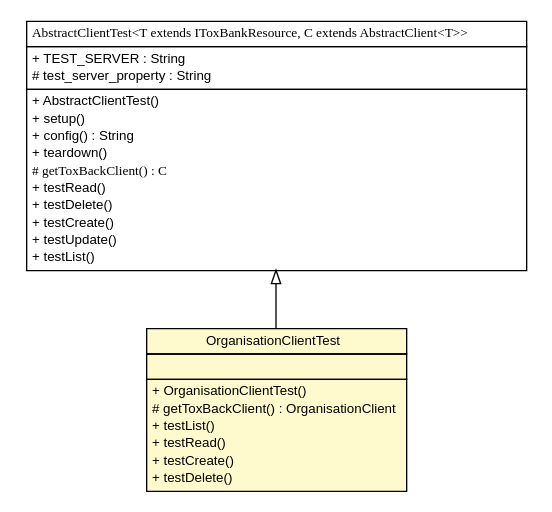
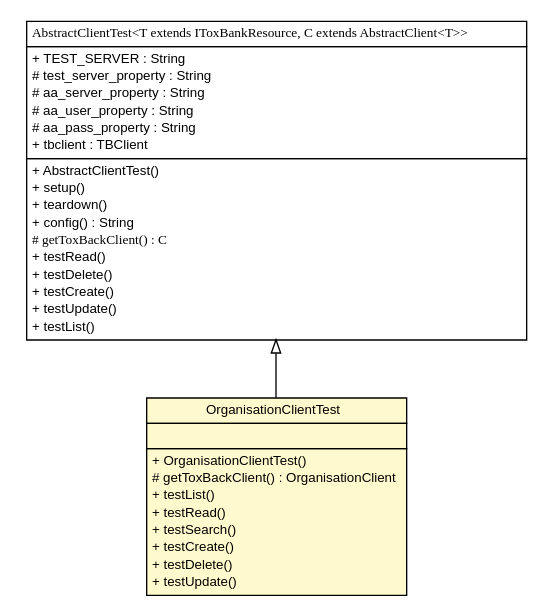
Before and after one commit to ToxBank/toxbank-api-client: the diagram in testapidocs/net/toxbank/client/resource/OrganisationClientTest.dot, drawn with Graphviz. The commit also changed 57 other files, not shown here.

```diff
--- a/testapidocs/net/toxbank/client/resource/OrganisationClientTest.dot
+++ b/testapidocs/net/toxbank/client/resource/OrganisationClientTest.dot
@@ -1,51 +1,57 @@
 #!/usr/local/bin/dot
 #
 # Class diagram 
 # Generated by UmlGraph version 4.6 (http://www.spinellis.gr/sw/umlgraph)
 #
 
 digraph G {
 	edge [fontname="arial",fontsize=10,labelfontname="arial",labelfontsize=10];
 	node [fontname="arial",fontsize=10,shape=plaintext];
 	// net.toxbank.client.resource.OrganisationClientTest
 	c82 [label=<<table border="0" cellborder="1" cellspacing="0" cellpadding="2" port="p" bgcolor="lemonChiffon" href="./OrganisationClientTest.html">
 		<tr><td><table border="0" cellspacing="0" cellpadding="1">
 			<tr><td> OrganisationClientTest </td></tr>
 		</table></td></tr>
 		<tr><td><table border="0" cellspacing="0" cellpadding="1">
 			<tr><td align="left">  </td></tr>
 		</table></td></tr>
 		<tr><td><table border="0" cellspacing="0" cellpadding="1">
 			<tr><td align="left"> + OrganisationClientTest() </td></tr>
 			<tr><td align="left"> # getToxBackClient() : OrganisationClient </td></tr>
 			<tr><td align="left"> + testList() </td></tr>
 			<tr><td align="left"> + testRead() </td></tr>
+			<tr><td align="left"> + testSearch() </td></tr>
 			<tr><td align="left"> + testCreate() </td></tr>
 			<tr><td align="left"> + testDelete() </td></tr>
+			<tr><td align="left"> + testUpdate() </td></tr>
 		</table></td></tr>
 		</table>>, fontname="arial", fontcolor="black", fontsize=10.0];
 	// net.toxbank.client.resource.AbstractClientTest<T extends net.toxbank.client.resource.IToxBankResource, C extends net.toxbank.client.resource.AbstractClient<T>>
 	c87 [label=<<table border="0" cellborder="1" cellspacing="0" cellpadding="2" port="p" href="./AbstractClientTest.html">
 		<tr><td><table border="0" cellspacing="0" cellpadding="1">
 			<tr><td><font face="ariali"> AbstractClientTest&lt;T extends IToxBankResource, C extends AbstractClient&lt;T&gt;&gt; </font></td></tr>
 		</table></td></tr>
 		<tr><td><table border="0" cellspacing="0" cellpadding="1">
 			<tr><td align="left"> + TEST_SERVER : String </td></tr>
 			<tr><td align="left"> # test_server_property : String </td></tr>
+			<tr><td align="left"> # aa_server_property : String </td></tr>
+			<tr><td align="left"> # aa_user_property : String </td></tr>
+			<tr><td align="left"> # aa_pass_property : String </td></tr>
+			<tr><td align="left"> + tbclient : TBClient </td></tr>
 		</table></td></tr>
 		<tr><td><table border="0" cellspacing="0" cellpadding="1">
 			<tr><td align="left"> + AbstractClientTest() </td></tr>
 			<tr><td align="left"> + setup() </td></tr>
+			<tr><td align="left"> + teardown() </td></tr>
 			<tr><td align="left"> + config() : String </td></tr>
-			<tr><td align="left"> + teardown() </td></tr>
 			<tr><td align="left"><font face="ariali" point-size="10.0"> # getToxBackClient() : C </font></td></tr>
 			<tr><td align="left"> + testRead() </td></tr>
 			<tr><td align="left"> + testDelete() </td></tr>
 			<tr><td align="left"> + testCreate() </td></tr>
 			<tr><td align="left"> + testUpdate() </td></tr>
 			<tr><td align="left"> + testList() </td></tr>
 		</table></td></tr>
 		</table>>, fontname="arial", fontcolor="black", fontsize=10.0];
 	//net.toxbank.client.resource.OrganisationClientTest extends net.toxbank.client.resource.AbstractClientTest<net.toxbank.client.resource.Organisation, net.toxbank.client.resource.OrganisationClient>
 	c87:p -> c82:p [dir=back,arrowtail=empty];
 }
```
